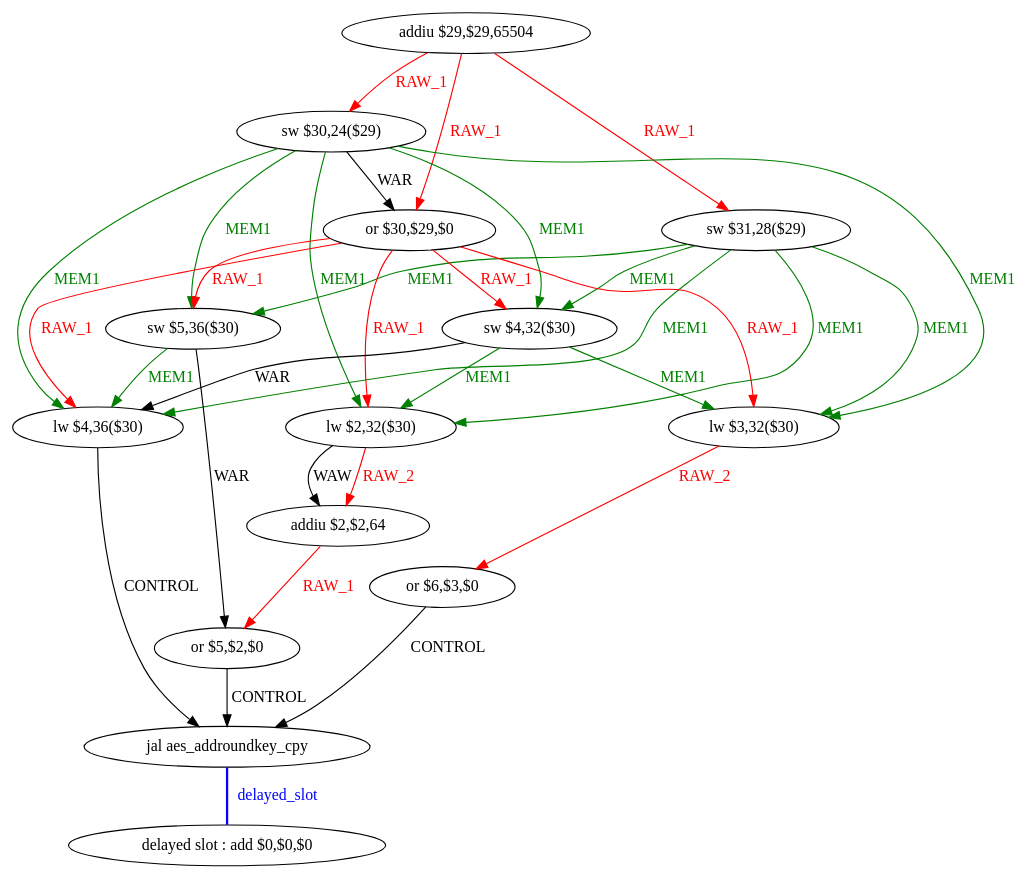
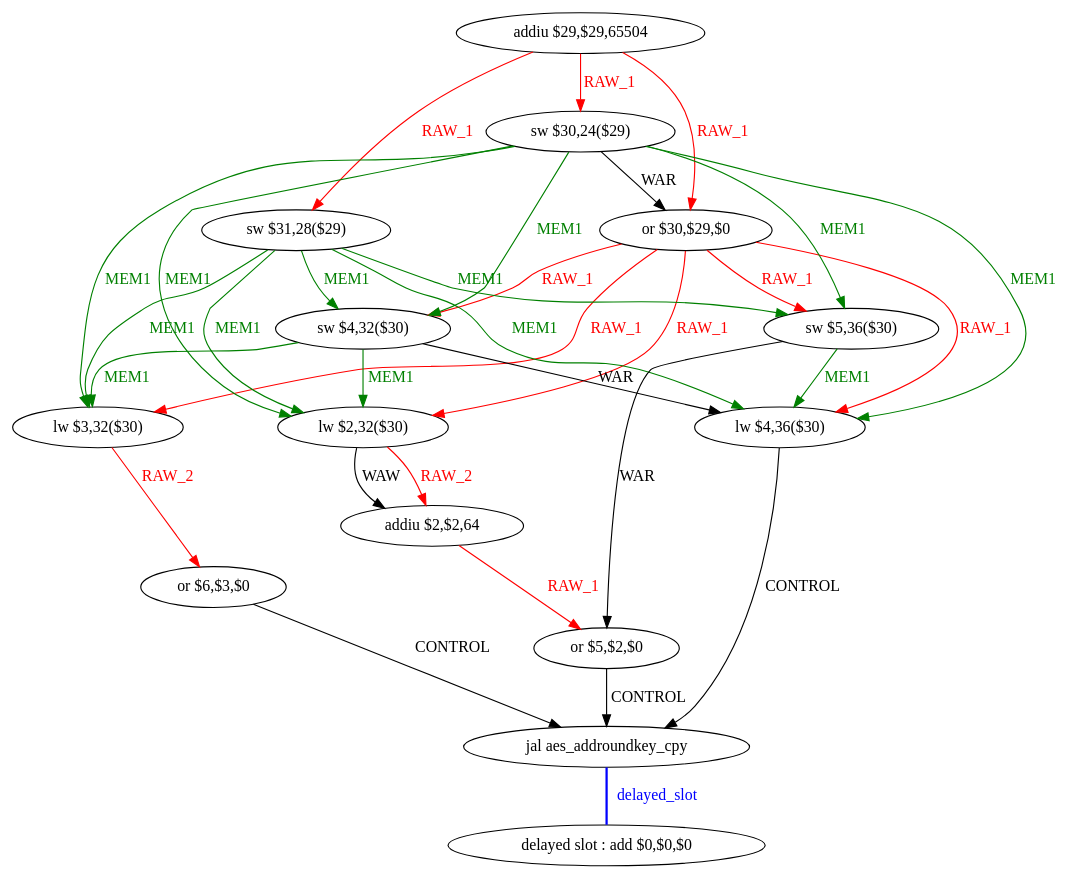
One commit to lisuxue/CA changed the diagram in CoursCA/CodeEtudiant2019/CodeEtudiant/tmp/aes_O0_func_14_dfg_bb0.dot. Above: the diagram before and after it, drawn with Graphviz. The commit also changed other lines of this file and 169 other files, not shown here.

```diff
--- a/CoursCA/CodeEtudiant2019/CodeEtudiant/tmp/aes_O0_func_14_dfg_bb0.dot
+++ b/CoursCA/CodeEtudiant2019/CodeEtudiant/tmp/aes_O0_func_14_dfg_bb0.dot
@@ -1,49 +1,49 @@
 digraph G1 {
 node [shape = ellipse];
 i13 [label = " delayed slot : add $0,$0,$0"] ;
 i12 ->  i13 [style = bold, dir= none, fontcolor = blue, color = blue, label= "delayed_slot"];
 i12 [label = "jal aes_addroundkey_cpy"] ;
 i0 [label = "addiu $29,$29,65504"] ;
+i0 ->  i3 [color = red, fontcolor = red, label= "RAW_1"];
+i0 ->  i2 [color = red, fontcolor = red, label= "RAW_1"];
 i0 ->  i1 [color = red, fontcolor = red, label= "RAW_1"];
-i0 ->  i2 [color = red, fontcolor = red, label= "RAW_1"];
-i0 ->  i3 [color = red, fontcolor = red, label= "RAW_1"];
-i1 [label = "sw $31,28($29)"] ;
-i1 ->  i4 [color = green, fontcolor = green, label= "MEM1"];
-i1 ->  i5 [color = green, fontcolor = green, label= "MEM1"];
-i1 ->  i6 [color = green, fontcolor = green, label= "MEM1"];
-i1 ->  i8 [color = green, fontcolor = green, label= "MEM1"];
-i1 ->  i9 [color = green, fontcolor = green, label= "MEM1"];
-i4 [label = "sw $4,32($30)"] ;
-i4 ->  i6 [color = green, fontcolor = green, label= "MEM1"];
-i4 ->  i8 [color = green, fontcolor = green, label= "MEM1"];
-i4 ->  i9 [label= "WAR"];
+i3 [label = "or $30,$29,$0"] ;
+i3 ->  i9 [color = red, fontcolor = red, label= "RAW_1"];
+i3 ->  i8 [color = red, fontcolor = red, label= "RAW_1"];
+i3 ->  i6 [color = red, fontcolor = red, label= "RAW_1"];
+i3 ->  i5 [color = red, fontcolor = red, label= "RAW_1"];
+i3 ->  i4 [color = red, fontcolor = red, label= "RAW_1"];
+i9 [label = "lw $4,36($30)"] ;
+i9 ->  i12 [label= "CONTROL"];
+i8 [label = "lw $3,32($30)"] ;
+i8 ->  i11 [color = red, fontcolor = red, label= "RAW_2"];
+i11 [label = "or $6,$3,$0"] ;
+i11 ->  i12 [label= "CONTROL"];
 i6 [label = "lw $2,32($30)"] ;
+i6 ->  i7 [color = red, fontcolor = red, label= "RAW_2"];
 i6 ->  i7 [label= "WAW"];
-i6 ->  i7 [color = red, fontcolor = red, label= "RAW_2"];
 i7 [label = "addiu $2,$2,64"] ;
 i7 ->  i10 [color = red, fontcolor = red, label= "RAW_1"];
 i10 [label = "or $5,$2,$0"] ;
 i10 ->  i12 [label= "CONTROL"];
-i8 [label = "lw $3,32($30)"] ;
-i8 ->  i11 [color = red, fontcolor = red, label= "RAW_2"];
-i11 [label = "or $6,$3,$0"] ;
-i11 ->  i12 [label= "CONTROL"];
-i9 [label = "lw $4,36($30)"] ;
-i9 ->  i12 [label= "CONTROL"];
 i5 [label = "sw $5,36($30)"] ;
+i5 ->  i10 [label= "WAR"];
 i5 ->  i9 [color = green, fontcolor = green, label= "MEM1"];
-i5 ->  i10 [label= "WAR"];
+i4 [label = "sw $4,32($30)"] ;
+i4 ->  i9 [label= "WAR"];
+i4 ->  i8 [color = green, fontcolor = green, label= "MEM1"];
+i4 ->  i6 [color = green, fontcolor = green, label= "MEM1"];
 i2 [label = "sw $30,24($29)"] ;
+i2 ->  i9 [color = green, fontcolor = green, label= "MEM1"];
+i2 ->  i8 [color = green, fontcolor = green, label= "MEM1"];
+i2 ->  i6 [color = green, fontcolor = green, label= "MEM1"];
+i2 ->  i5 [color = green, fontcolor = green, label= "MEM1"];
+i2 ->  i4 [color = green, fontcolor = green, label= "MEM1"];
 i2 ->  i3 [label= "WAR"];
-i2 ->  i4 [color = green, fontcolor = green, label= "MEM1"];
-i2 ->  i5 [color = green, fontcolor = green, label= "MEM1"];
-i2 ->  i6 [color = green, fontcolor = green, label= "MEM1"];
-i2 ->  i8 [color = green, fontcolor = green, label= "MEM1"];
-i2 ->  i9 [color = green, fontcolor = green, label= "MEM1"];
-i3 [label = "or $30,$29,$0"] ;
-i3 ->  i4 [color = red, fontcolor = red, label= "RAW_1"];
-i3 ->  i5 [color = red, fontcolor = red, label= "RAW_1"];
-i3 ->  i6 [color = red, fontcolor = red, label= "RAW_1"];
-i3 ->  i8 [color = red, fontcolor = red, label= "RAW_1"];
-i3 ->  i9 [color = red, fontcolor = red, label= "RAW_1"];
+i1 [label = "sw $31,28($29)"] ;
+i1 ->  i9 [color = green, fontcolor = green, label= "MEM1"];
+i1 ->  i8 [color = green, fontcolor = green, label= "MEM1"];
+i1 ->  i6 [color = green, fontcolor = green, label= "MEM1"];
+i1 ->  i5 [color = green, fontcolor = green, label= "MEM1"];
+i1 ->  i4 [color = green, fontcolor = green, label= "MEM1"];
 }
```
